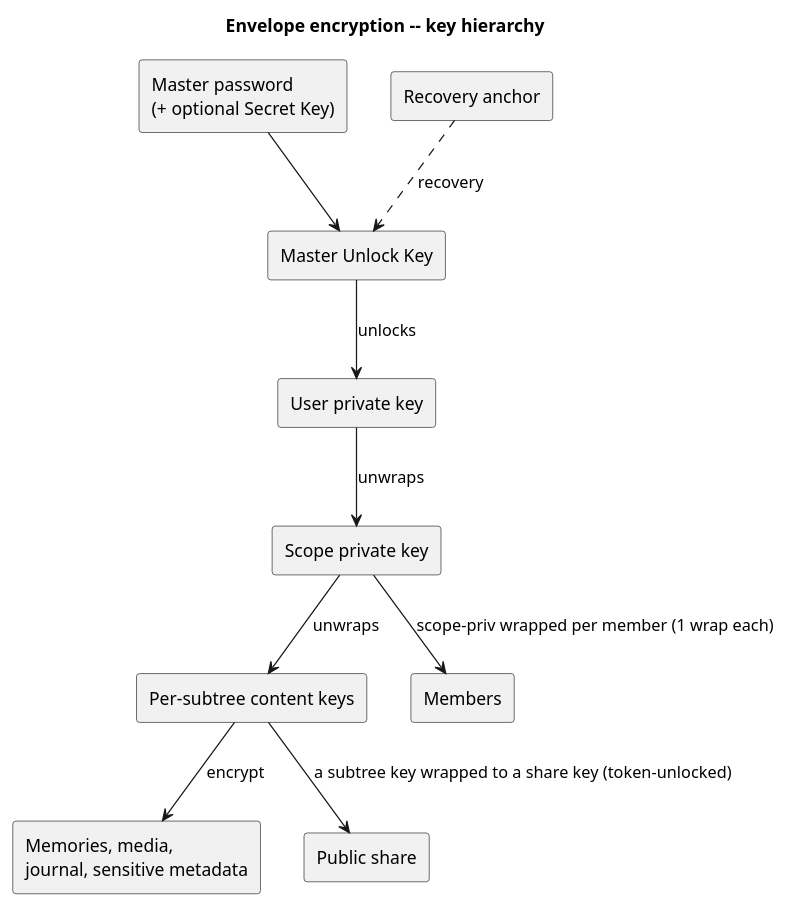
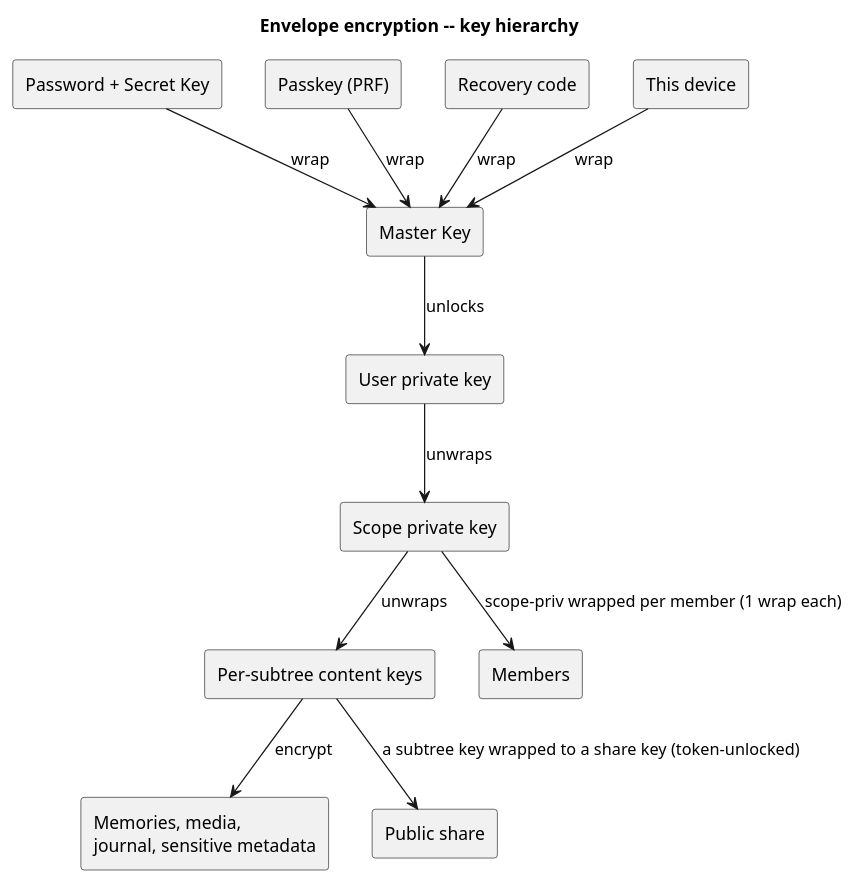
The diagram in docs/wiki/crosscutting/security-model.md (raddatzk/veyq-no-e2ee), drawn with PlantUML before and after one commit. The commit also changed other lines of this file and 15 other files, not shown here.

````diff
--- a/docs/wiki/crosscutting/security-model.md
+++ b/docs/wiki/crosscutting/security-model.md
@@ -72,25 +75,29 @@
 ```plantuml
 @startuml
 title Envelope encryption -- key hierarchy
 skinparam shadowing false
 
-rectangle "Master password\n(+ optional Secret Key)" as pw
-rectangle "Recovery anchor" as rec
-rectangle "Master Unlock Key" as muk
+rectangle "Password + Secret Key" as pw
+rectangle "Passkey (PRF)" as pk
+rectangle "Recovery code" as rec
+rectangle "This device" as dev
+rectangle "Master Key" as muk
 rectangle "User private key" as sk
 rectangle "Scope private key" as spk
 rectangle "Per-subtree content keys" as ck
 rectangle "Memories, media,\njournal, sensitive metadata" as content
 rectangle "Members" as members
 rectangle "Public share" as share
 
-pw --> muk
-rec ..> muk : recovery
+pw --> muk : wrap
+pk --> muk : wrap
+rec --> muk : wrap
+dev --> muk : wrap
 muk --> sk : unlocks
 sk --> spk : unwraps
 spk --> ck : unwraps
 ck --> content : encrypt
 spk --> members : scope-priv wrapped per member (1 wrap each)
 ck --> share : a subtree key wrapped to a share key (token-unlocked)
 @enduml
 ```
````
